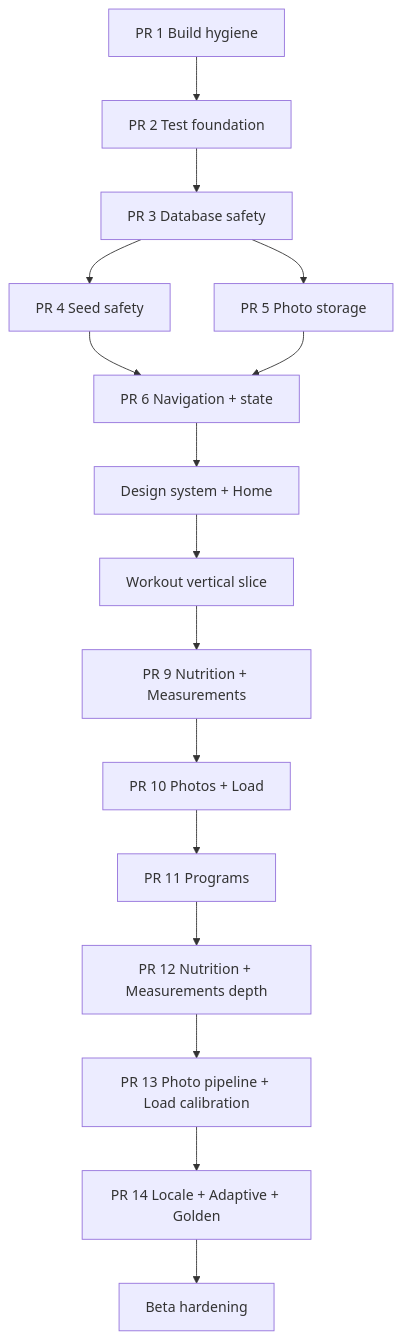
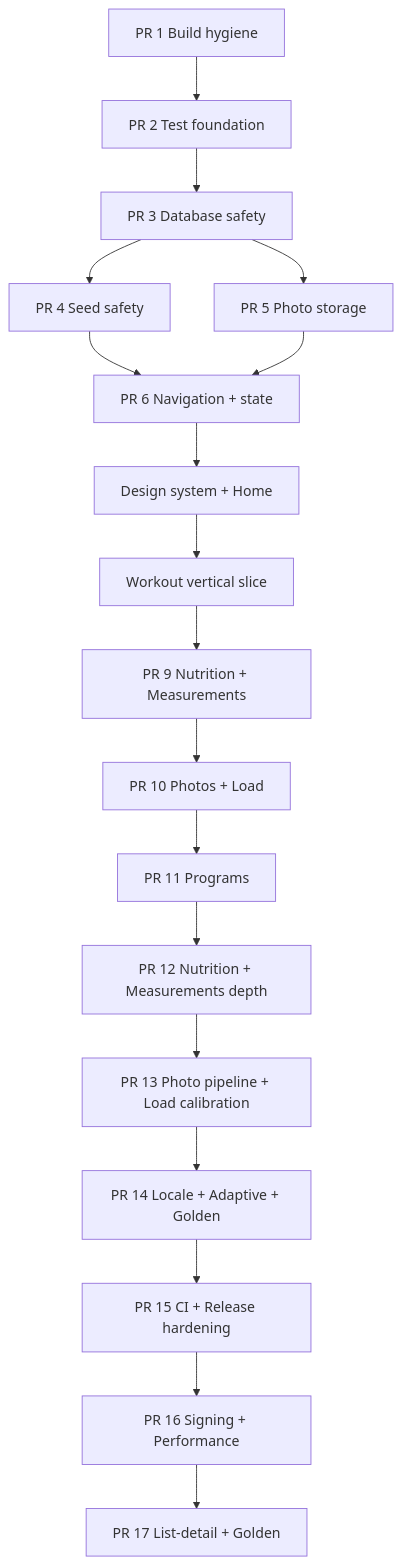
The diagram in docs/obsidian/roadmap/ROADMAP_EXECUTION_GRAPH.md (MehmetKucukOfficial/GymTracker), drawn with Mermaid before and after one commit. The commit also changed other lines of this file and 11 other files, not shown here.

Commit message:
Update graph for PR16 release performance [skip ci]

````diff
--- a/docs/obsidian/roadmap/ROADMAP_EXECUTION_GRAPH.md
+++ b/docs/obsidian/roadmap/ROADMAP_EXECUTION_GRAPH.md
@@ -14,18 +14,20 @@
 ```mermaid
 flowchart TD
     PR1[PR 1 Build hygiene] --> PR2[PR 2 Test foundation]
     PR2 --> PR3[PR 3 Database safety]
     PR3 --> PR4[PR 4 Seed safety]
     PR3 --> PR5[PR 5 Photo storage]
     PR4 --> PR6[PR 6 Navigation + state]
     PR5 --> PR6
     PR6 --> UI[Design system + Home]
     UI --> WO[Workout vertical slice]
     WO --> N[PR 9 Nutrition + Measurements]
     N --> P[PR 10 Photos + Load]
     P --> PG[PR 11 Programs]
     PG --> ND[PR 12 Nutrition + Measurements depth]
     ND --> PC[PR 13 Photo pipeline + Load calibration]
     PC --> AL[PR 14 Locale + Adaptive + Golden]
-    AL --> B[Beta hardening]
+    AL --> B[PR 15 CI + Release hardening]
+    B --> RP[PR 16 Signing + Performance]
+    RP --> LG[PR 17 List-detail + Golden]
 ```
````
